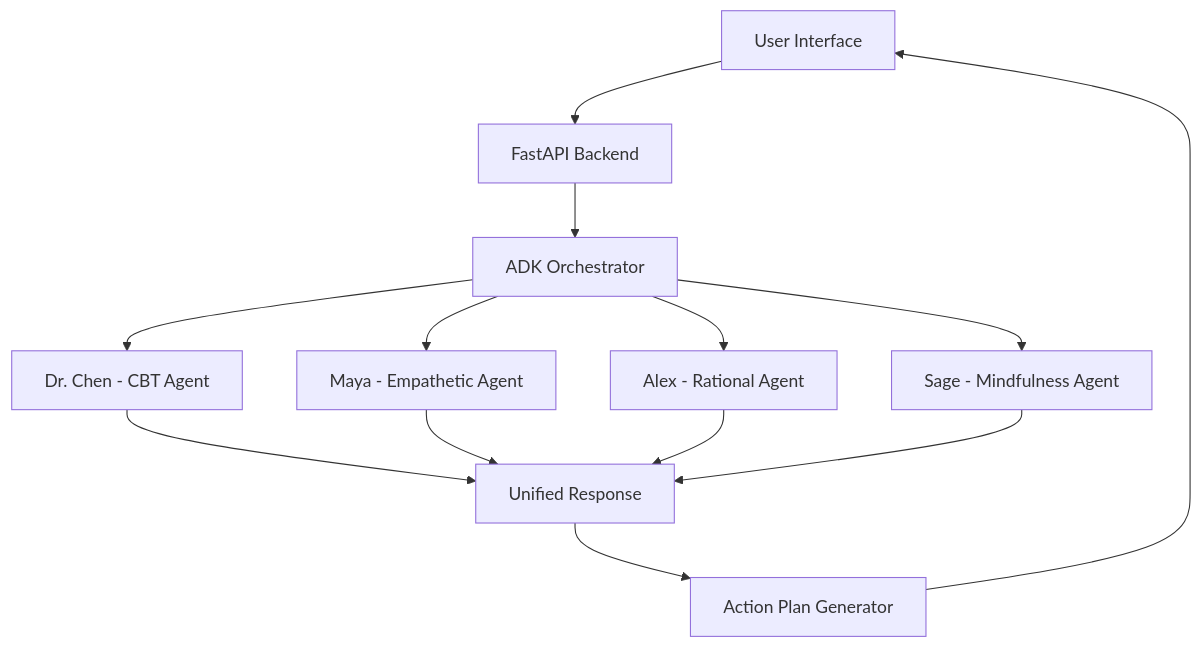
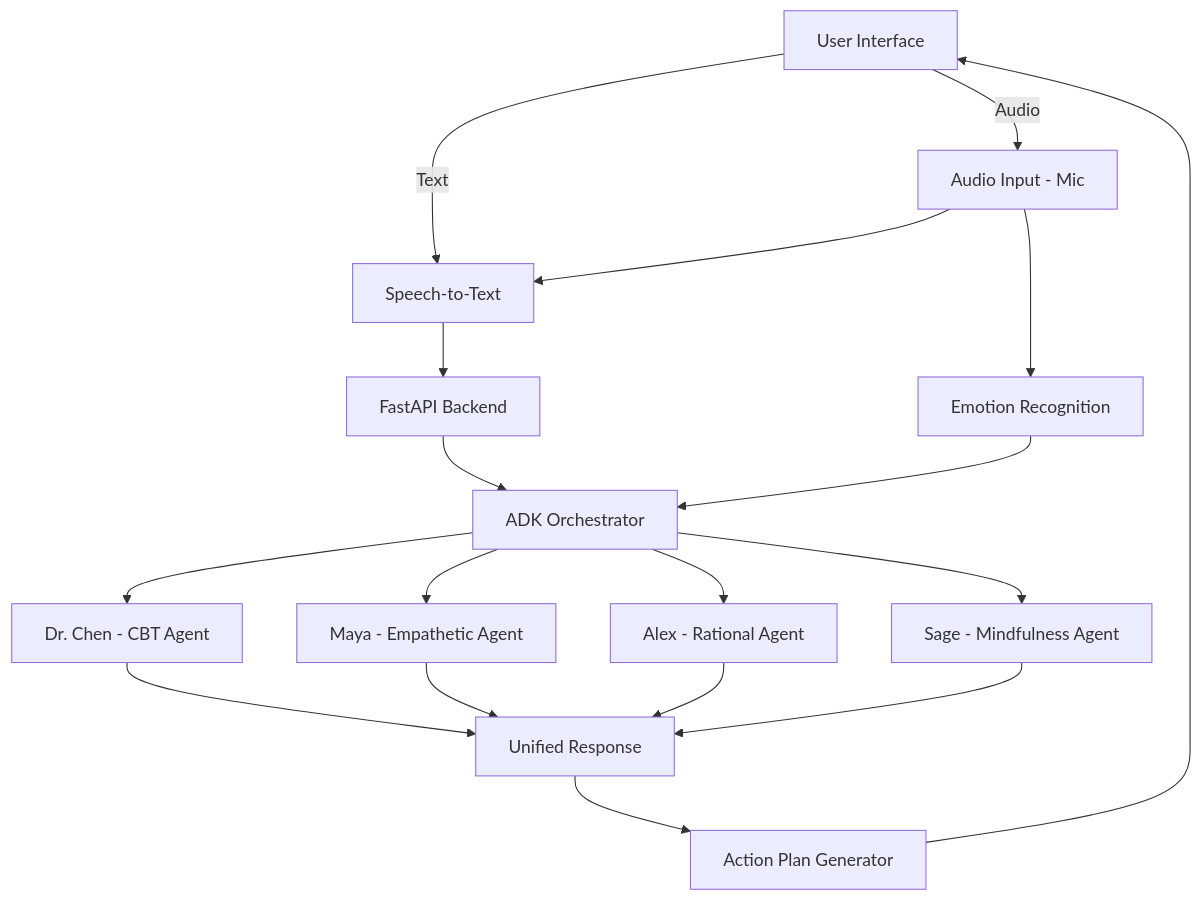
One commit to yuancx2025/hackDuke2025 changed the diagram in README.md. Above: the diagram before and after it, drawn with Mermaid.

Commit message:
update README
Added architecture diagram to README.md for better understanding of the system's structure.

````diff
--- a/README.md
+++ b/README.md
@@ -104,15 +10,20 @@
 ```mermaid
 graph TD
-    User[User Interface] --> API[FastAPI Backend]
-    API --> Orchestrator[ADK Orchestrator]
+    User[User Interface] -->|Text| STT[Speech-to-Text]
+    User -->|Audio| AIn[Audio Input - Mic]
+    AIn --> STT
+    AIn --> EMO[Emotion Recognition]
+    STT --> API[FastAPI Backend]
+    EMO --> Orchestrator[ADK Orchestrator]
+    API --> Orchestrator
     Orchestrator --> CBT[Dr. Chen - CBT Agent]
     Orchestrator --> EMP[Maya - Empathetic Agent]
     Orchestrator --> RAT[Alex - Rational Agent]
     Orchestrator --> MIN[Sage - Mindfulness Agent]
     CBT --> Response[Unified Response]
     EMP --> Response
     RAT --> Response
     MIN --> Response
     Response --> ActionPlan[Action Plan Generator]
     ActionPlan --> User
 ```
````
